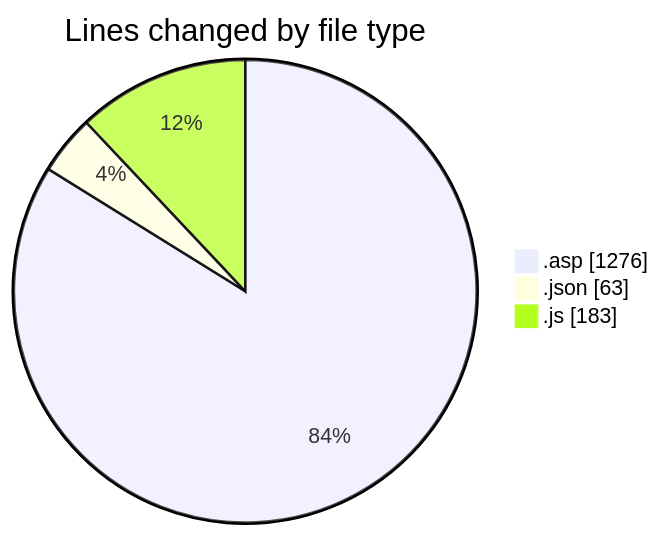
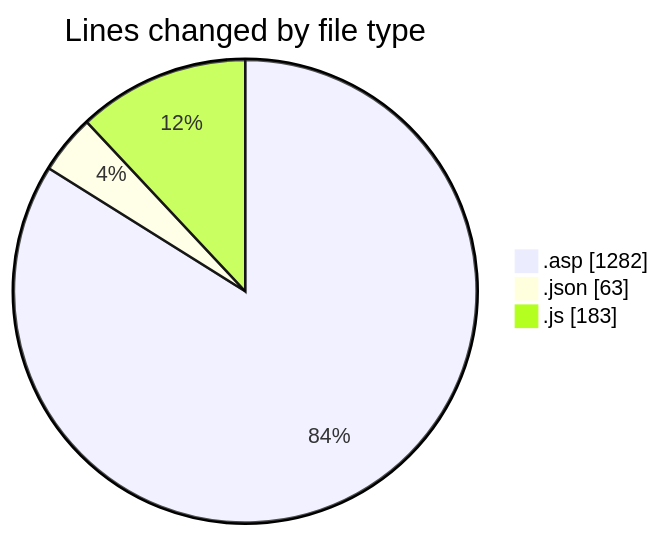
Before and after one commit to julien-gomy/code-tracking: the first of 2 diagrams in 2025-10-20/usr_aleoudev_fr__workspace_/README.md, drawn with Mermaid. The commit also changed other lines of this file and 1 other file, not shown here.

````diff
--- a/2025-10-20/usr_aleoudev_fr__workspace_/README.md
+++ b/2025-10-20/usr_aleoudev_fr__workspace_/README.md
@@ -24,7 +24,7 @@
 ```mermaid
 pie showData
 title Lines changed by file type
-".asp" : 1276
+".asp" : 1282
 ".json" : 63
 ".js" : 183
 ```
````
